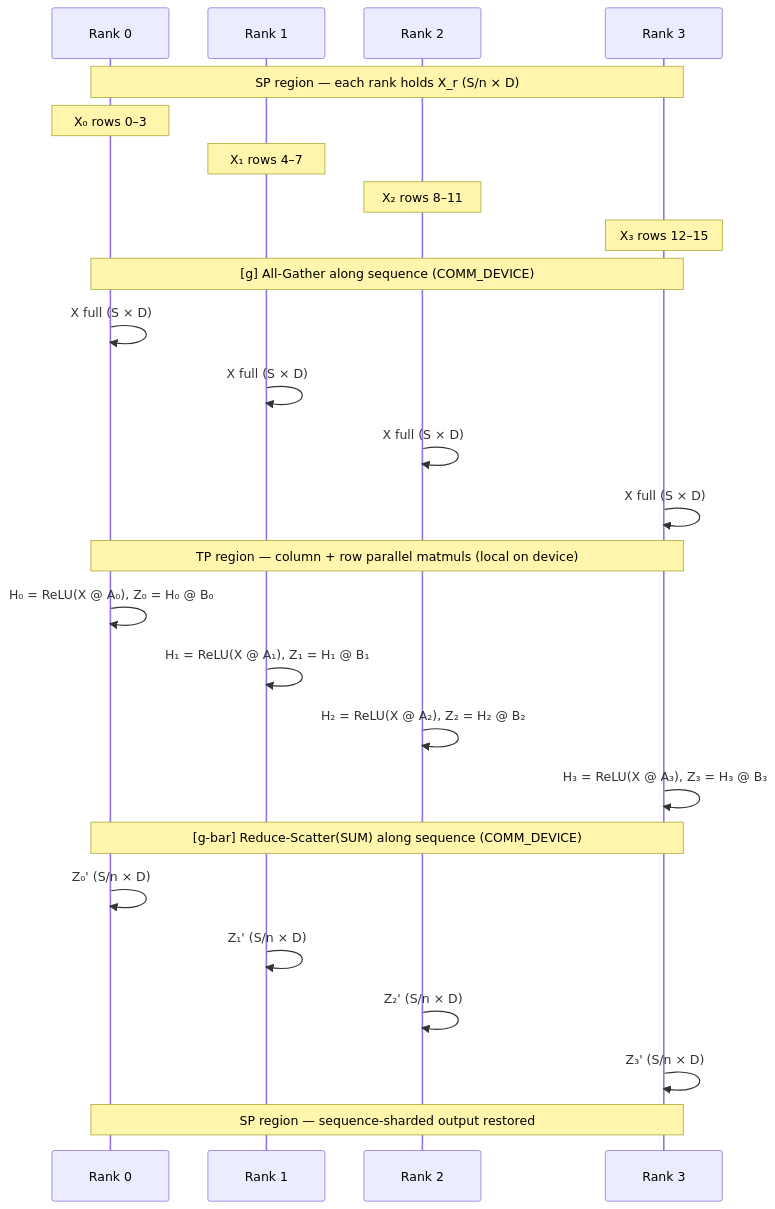
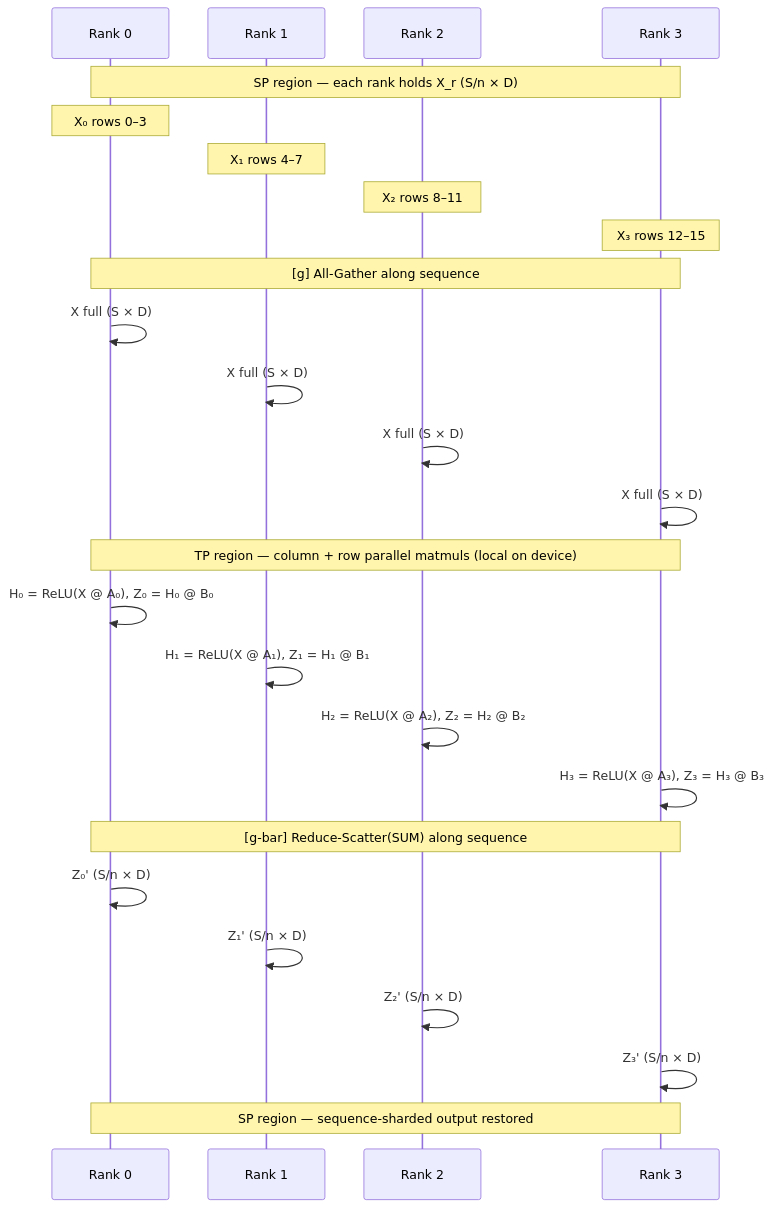
Before and after one commit to duoan/micro-trainer: the diagram in 5_sequence_parallel/1_megatron_sp.md, drawn with Mermaid. The commit also changed other lines of this file and 43 other files, not shown here.

````diff
--- a/5_sequence_parallel/1_megatron_sp.md
+++ b/5_sequence_parallel/1_megatron_sp.md
@@ -37,33 +37,33 @@
 ```mermaid
 sequenceDiagram
     participant R0 as Rank 0
     participant R1 as Rank 1
     participant R2 as Rank 2
     participant R3 as Rank 3
 
     Note over R0,R3: SP region — each rank holds X_r (S/n × D)
     Note over R0: X₀ rows 0–3
     Note over R1: X₁ rows 4–7
     Note over R2: X₂ rows 8–11
     Note over R3: X₃ rows 12–15
 
-    Note over R0,R3: [g] All-Gather along sequence (COMM_DEVICE)
+    Note over R0,R3: [g] All-Gather along sequence
     R0->>R0: X full (S × D)
     R1->>R1: X full (S × D)
     R2->>R2: X full (S × D)
     R3->>R3: X full (S × D)
 
     Note over R0,R3: TP region — column + row parallel matmuls (local on device)
     R0->>R0: H₀ = ReLU(X @ A₀), Z₀ = H₀ @ B₀
     R1->>R1: H₁ = ReLU(X @ A₁), Z₁ = H₁ @ B₁
     R2->>R2: H₂ = ReLU(X @ A₂), Z₂ = H₂ @ B₂
     R3->>R3: H₃ = ReLU(X @ A₃), Z₃ = H₃ @ B₃
 
-    Note over R0,R3: [g-bar] Reduce-Scatter(SUM) along sequence (COMM_DEVICE)
+    Note over R0,R3: [g-bar] Reduce-Scatter(SUM) along sequence
     R0->>R0: Z₀' (S/n × D)
     R1->>R1: Z₁' (S/n × D)
     R2->>R2: Z₂' (S/n × D)
     R3->>R3: Z₃' (S/n × D)
 
     Note over R0,R3: SP region — sequence-sharded output restored
 ```
````
